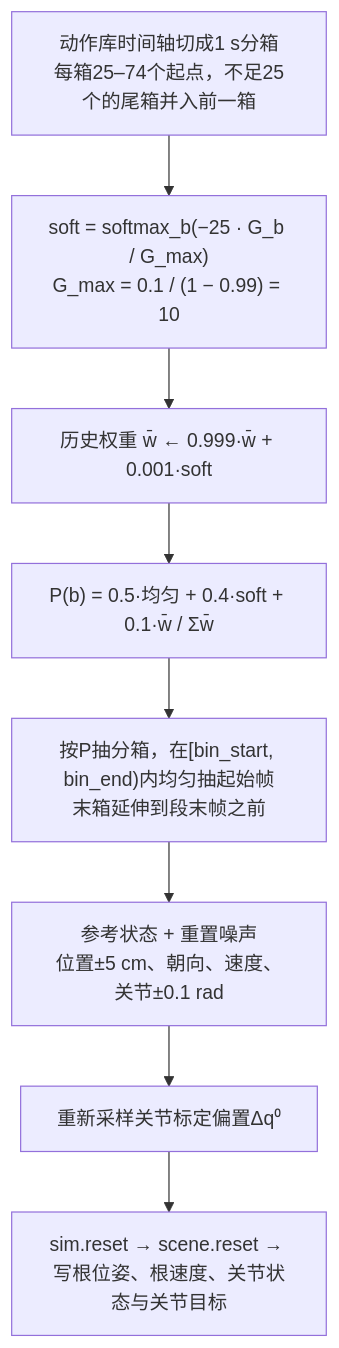
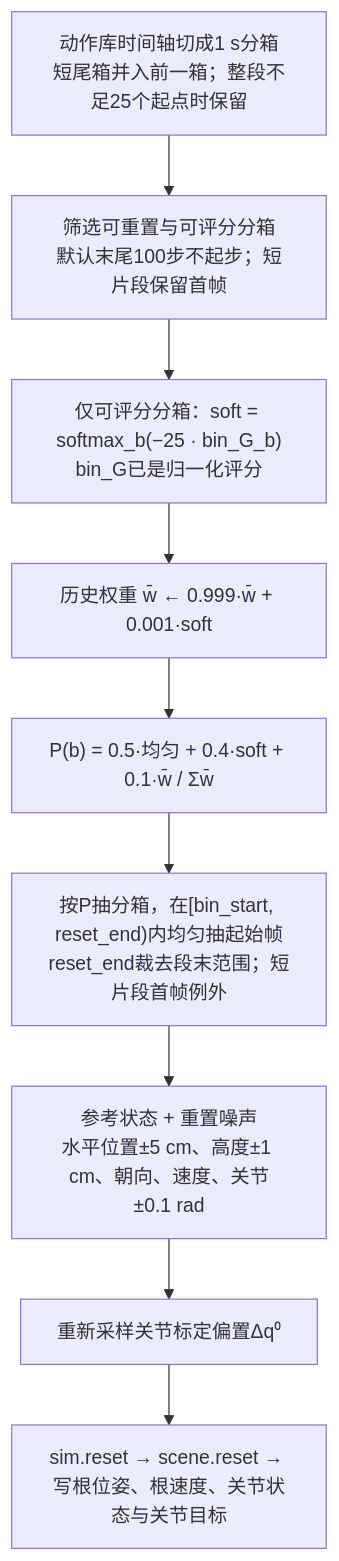
The fifth of 11 diagrams in docs/analysis/training_pipeline.md (RaraAlu/Supermimic), drawn with Mermaid before and after one commit. The commit also changed other lines of this file and 12 other files, not shown here.

````diff
--- a/docs/analysis/training_pipeline.md
+++ b/docs/analysis/training_pipeline.md
@@ -245,10 +396,11 @@
 ```mermaid
 flowchart TD
-    BINS["动作库时间轴切成1 s分箱<br/>每箱25–74个起点，不足25个的尾箱并入前一箱"] --> SOFT["soft = softmax_b(−25 · G_b / G_max)<br/>G_max = 0.1 / (1 − 0.99) = 10"]
+    BINS["动作库时间轴切成1 s分箱<br/>短尾箱并入前一箱；整段不足25个起点时保留"] --> ALLOW["筛选可重置与可评分分箱<br/>默认末尾100步不起步；短片段保留首帧"]
+    ALLOW --> SOFT["仅可评分分箱：soft = softmax_b(−25 · bin_G_b)<br/>bin_G已是归一化评分"]
     SOFT --> AVG["历史权重 w̄ ← 0.999·w̄ + 0.001·soft"]
     AVG --> MIX["P(b) = 0.5·均匀 + 0.4·soft + 0.1·w̄ / Σw̄"]
-    MIX --> PICK["按P抽分箱，在[bin_start, bin_end)内均匀抽起始帧<br/>末箱延伸到段末帧之前"]
-    PICK --> STATE["参考状态 + 重置噪声<br/>位置±5 cm、朝向、速度、关节±0.1 rad"]
+    MIX --> PICK["按P抽分箱，在[bin_start, reset_end)内均匀抽起始帧<br/>reset_end裁去段末范围；短片段首帧例外"]
+    PICK --> STATE["参考状态 + 重置噪声<br/>水平位置±5 cm、高度±1 cm、朝向、速度、关节±0.1 rad"]
     STATE --> DR["重新采样关节标定偏置Δq⁰"]
     DR --> WRITE["sim.reset → scene.reset → 写根位姿、根速度、关节状态与关节目标"]
 ```
````
